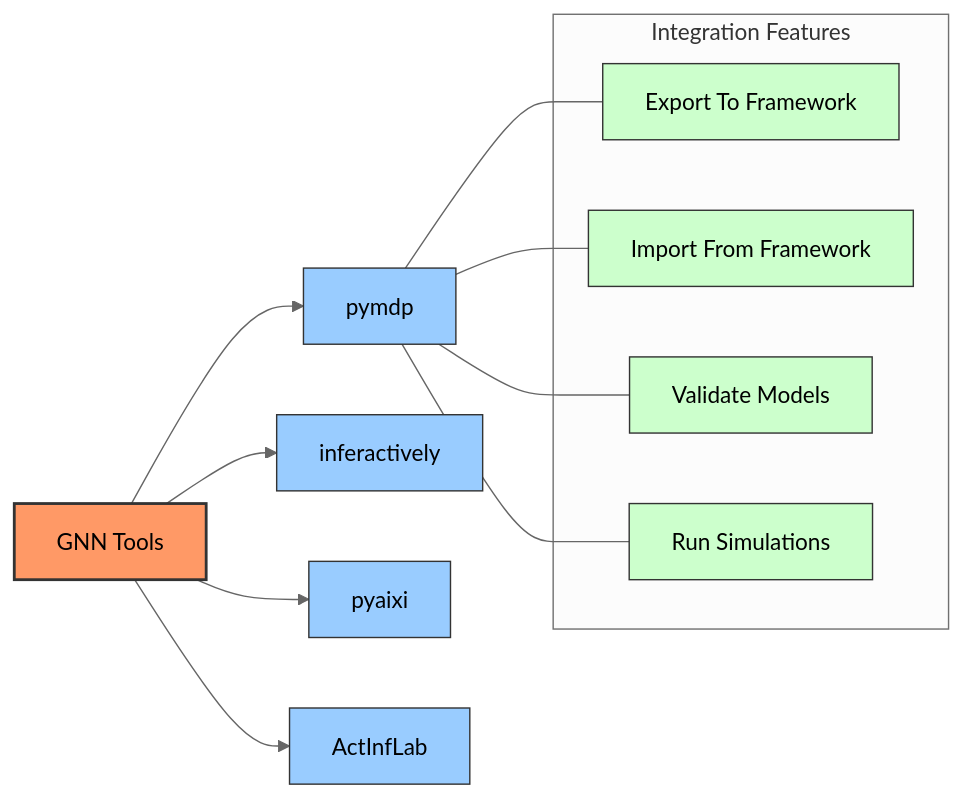
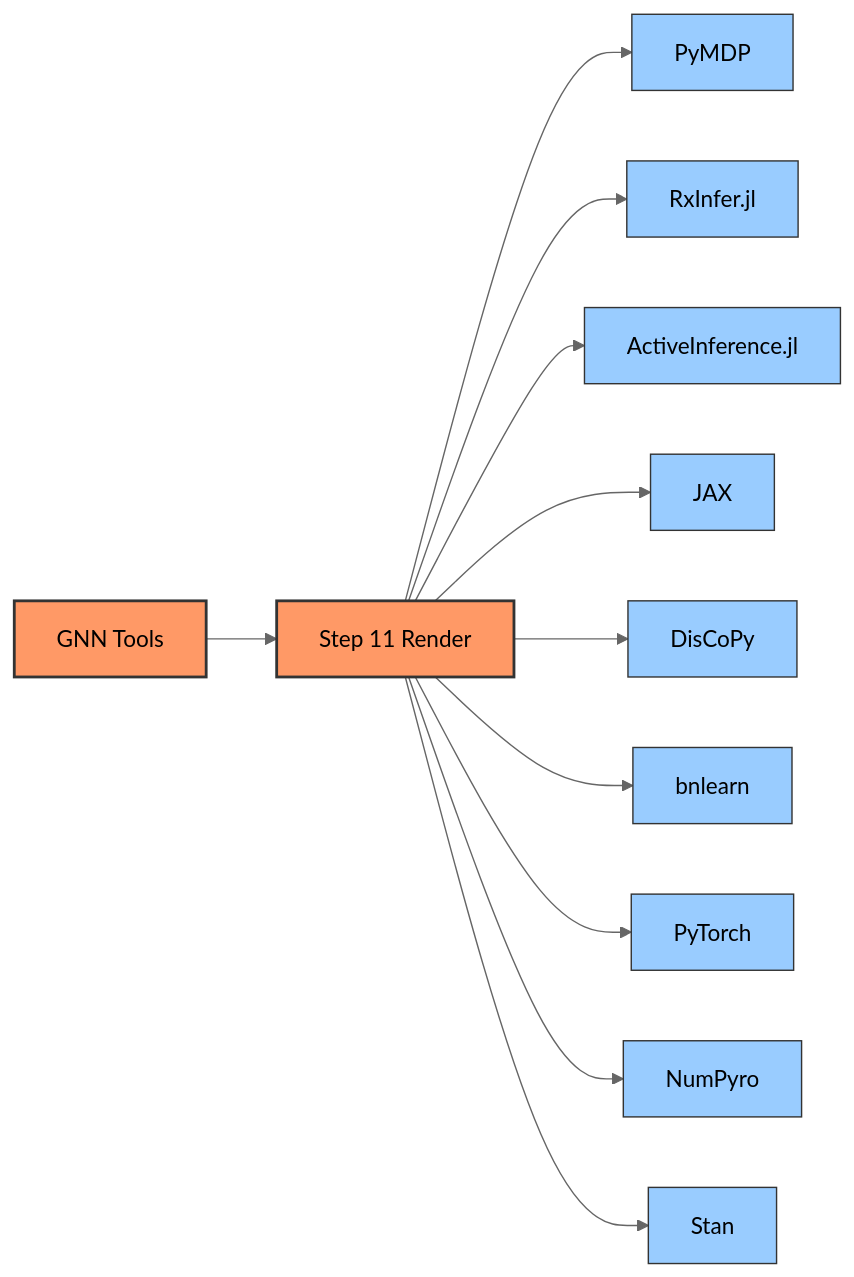
One commit to ActiveInferenceInstitute/GeneralizedNotationNotation changed the fourth of 6 diagrams in doc/gnn/operations/gnn_tools.md. Above: the diagram before and after it, drawn with Mermaid (neutral theme). The commit also changed other lines of this file and 76 other files, not shown here.

````diff
--- a/doc/gnn/operations/gnn_tools.md
+++ b/doc/gnn/operations/gnn_tools.md
@@ -213,27 +215,19 @@
 ```mermaid
 graph LR
-    GNN[GNN Tools] --> PYMDP[pymdp]
-    GNN --> INFERACTIVELY[inferactively]
-    GNN --> PYAIXI[pyaixi]
-    GNN --> ACTINFLAB[ActInfLab]
-    
-    subgraph Integration Features
-        EXPORT[Export To Framework]
-        IMPORT[Import From Framework]
-        VALIDATE[Validate Models]
-        SIMULATE[Run Simulations]
-    end
-    
-    PYMDP --- EXPORT
-    PYMDP --- IMPORT
-    PYMDP --- VALIDATE
-    PYMDP --- SIMULATE
-    
+    GNN[GNN Tools] --> RENDER[Step 11 Render]
+    RENDER --> PYMDP[PyMDP]
+    RENDER --> RXINFER[RxInfer.jl]
+    RENDER --> AIFJL[ActiveInference.jl]
+    RENDER --> JAX[JAX]
+    RENDER --> DISCOPY[DisCoPy]
+    RENDER --> BNLEARN[bnlearn]
+    RENDER --> PYTORCH[PyTorch]
+    RENDER --> NUMPYRO[NumPyro]
+    RENDER --> STAN[Stan]
+
     classDef tool fill:#f96,stroke:#333,stroke-width:2px;
     classDef framework fill:#9cf,stroke:#333,stroke-width:1px;
-    classDef feature fill:#cfc,stroke:#333,stroke-width:1px;
-    
-    class GNN tool;
-    class PYMDP,INFERACTIVELY,PYAIXI,ACTINFLAB framework;
-    class EXPORT,IMPORT,VALIDATE,SIMULATE feature;
+
+    class GNN,RENDER tool;
+    class PYMDP,RXINFER,AIFJL,JAX,DISCOPY,BNLEARN,PYTORCH,NUMPYRO,STAN framework;
 ```
````
